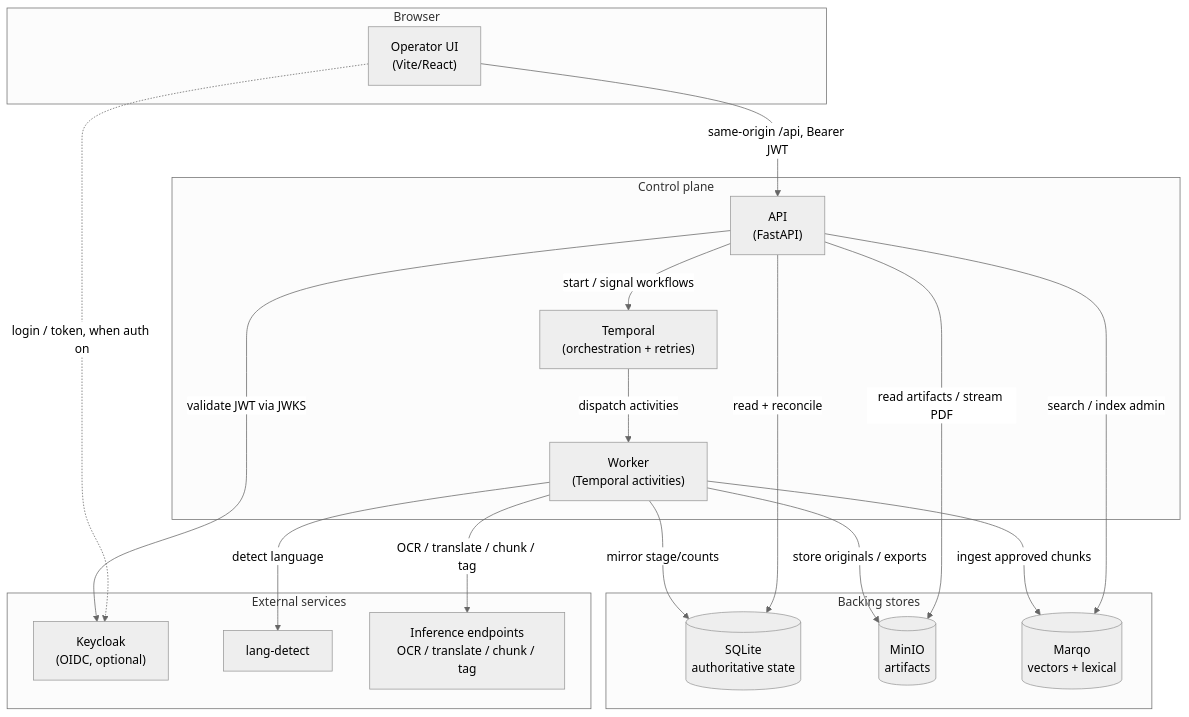
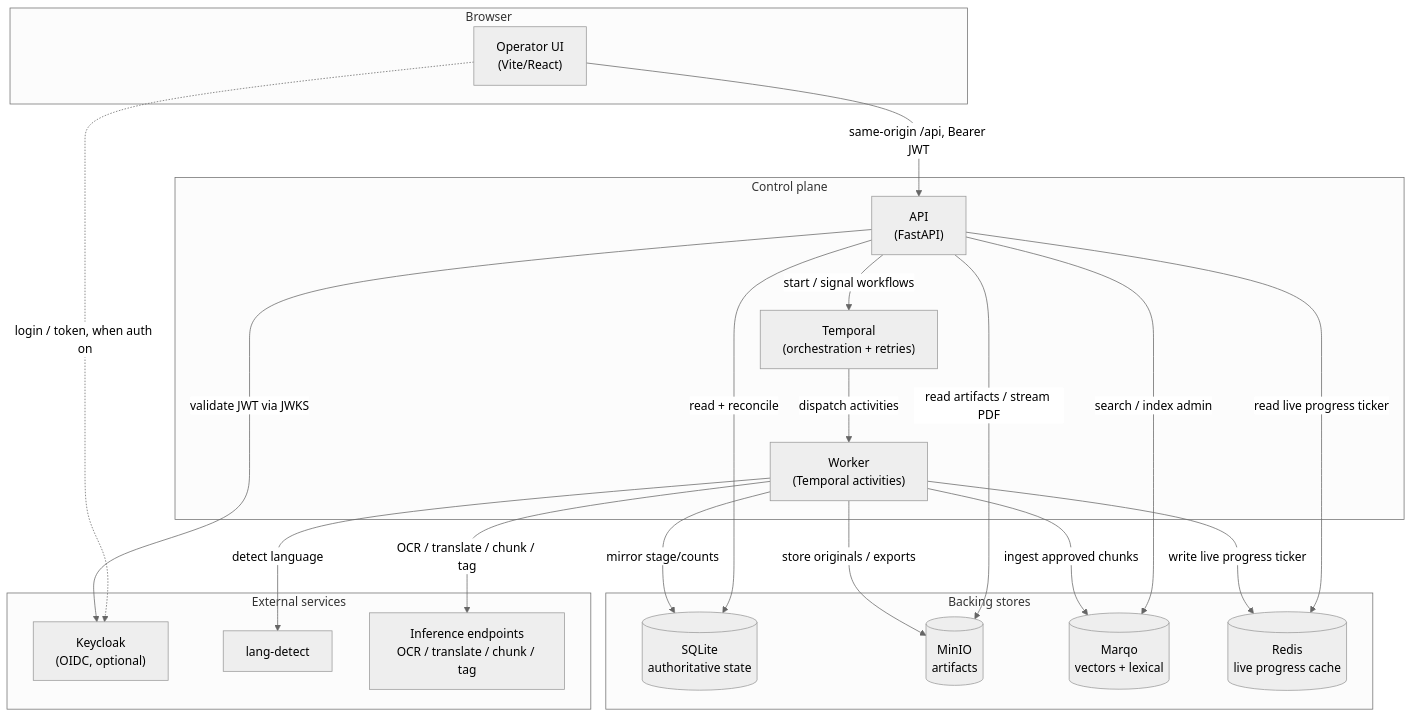
The first of 3 diagrams in docs/DESIGN.md (OpenAgriNet/docs-pipeline), drawn with Mermaid (neutral theme) before and after one commit. The commit also changed other lines of this file and 6 other files, not shown here.

First line of the commit message:
fix(progress): keep translation remaining-work totals and document Redis

````diff
--- a/docs/DESIGN.md
+++ b/docs/DESIGN.md
@@ -97,40 +98,43 @@
 ```mermaid
 flowchart TB
     subgraph Browser
         UI["Operator UI<br/>(Vite/React)"]
     end
 
     subgraph ControlPlane["Control plane"]
         API["API<br/>(FastAPI)"]
         WORKER["Worker<br/>(Temporal activities)"]
         TEMPORAL["Temporal<br/>(orchestration + retries)"]
     end
 
     subgraph Stores["Backing stores"]
         SQLITE[("SQLite<br/>authoritative state")]
         MINIO[("MinIO<br/>artifacts")]
         MARQO[("Marqo<br/>vectors + lexical")]
+        REDIS[("Redis<br/>live progress cache")]
     end
 
     subgraph External["External services"]
         KC["Keycloak<br/>(OIDC, optional)"]
         LANG["lang-detect"]
         MODELS["Inference endpoints<br/>OCR / translate / chunk / tag"]
     end
 
     UI -->|same-origin /api, Bearer JWT| API
     UI -.->|login / token, when auth on| KC
     API -->|validate JWT via JWKS| KC
 
     API -->|start / signal workflows| TEMPORAL
     API -->|read + reconcile| SQLITE
     API -->|read artifacts / stream PDF| MINIO
     API -->|search / index admin| MARQO
+    API -->|read live progress ticker| REDIS
 
     TEMPORAL -->|dispatch activities| WORKER
     WORKER -->|mirror stage/counts| SQLITE
     WORKER -->|store originals / exports| MINIO
     WORKER -->|ingest approved chunks| MARQO
+    WORKER -->|write live progress ticker| REDIS
     WORKER -->|detect language| LANG
     WORKER -->|OCR / translate / chunk / tag| MODELS
 ```
````
